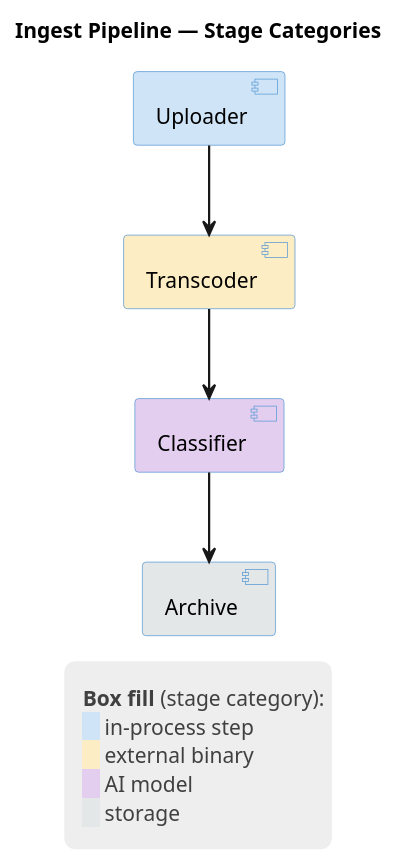
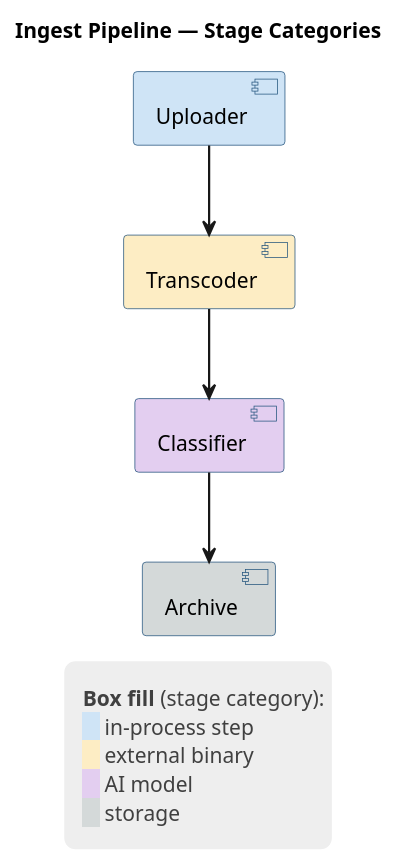
Before and after one commit to artem-from-ua/claude-plugins: the second of 2 diagrams in plugins/plantuml/skills/plantuml-diagram-guide/references/styling.md, drawn with PlantUML. The commit also changed other lines of this file and 3 other files, not shown here.

First line of the commit message:
feat(plantuml): derive each palette border from its own fill

````diff
--- a/plugins/plantuml/skills/plantuml-diagram-guide/references/styling.md
+++ b/plugins/plantuml/skills/plantuml-diagram-guide/references/styling.md
@@ -100,30 +104,30 @@
 ```plantuml
 @startuml
 title Ingest Pipeline — Stage Categories
 skinparam ArrowThickness 1.5
 skinparam ComponentBackgroundColor #CFE4F6
-skinparam ComponentBorderColor #5B9BD5
+skinparam ComponentBorderColor #25557E
 skinparam legendBackgroundColor #EEEEEE
 skinparam legendBorderColor transparent
 skinparam LegendFontColor #404040
 
 [Uploader] as up #CFE4F6
 [Transcoder] as tr #FDEDC4
 [Classifier] as cl #E3CEF0
-[Archive] as ar #E4E7E7
+[Archive] as ar #D4D9D9
 
 up --> tr
 tr --> cl
 cl --> ar
 
 legend right
   <size:6> </size>
     **Box fill** (stage category):
     <back:#CFE4F6>   </back> in-process step
     <back:#FDEDC4>   </back> external binary
     <back:#E3CEF0>   </back> AI model
-    <back:#E4E7E7>   </back> storage
+    <back:#D4D9D9>   </back> storage
   <size:6> </size>
 end legend
 @enduml
 ```
````
